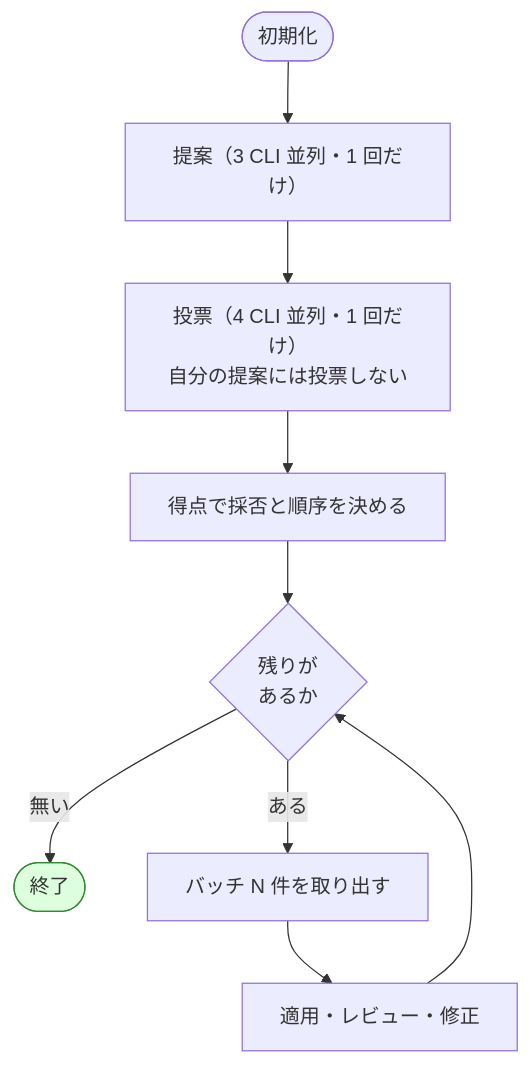
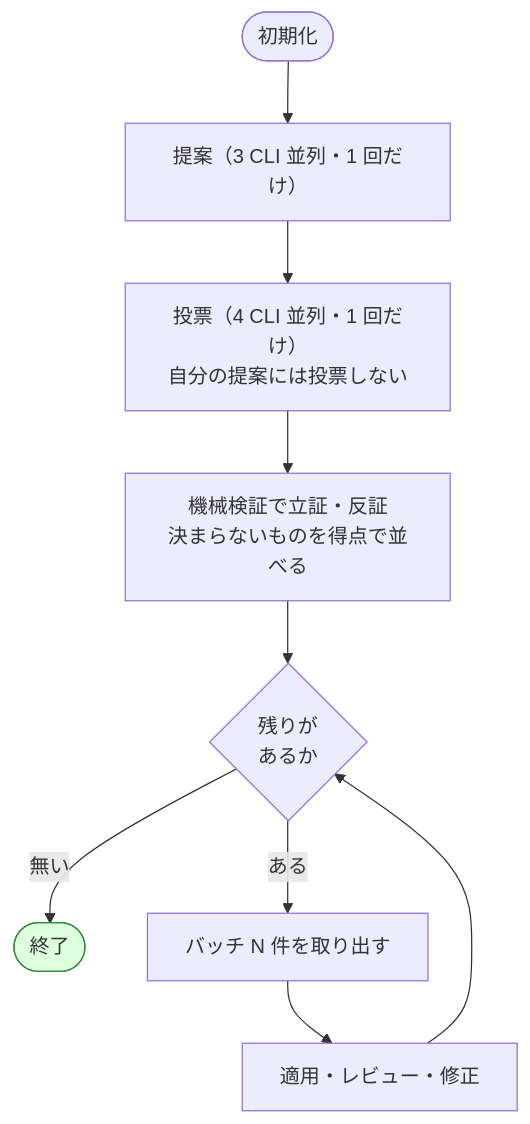
One commit to devbasex/ai-plugins changed the diagram in issues/cross-refactoring-round-time-and-defects.md. Above: the diagram before and after it, drawn with Mermaid. The commit also changed other lines of this file and 1 other file, not shown here.

````diff
--- a/issues/cross-refactoring-round-time-and-defects.md
+++ b/issues/cross-refactoring-round-time-and-defects.md
@@ -128,13 +130,13 @@
 ```mermaid
 flowchart TD
     I([初期化]) --> P["提案（3 CLI 並列・1 回だけ）"]
     P --> V["投票（4 CLI 並列・1 回だけ）<br/>自分の提案には投票しない"]
-    V --> S["得点で採否と順序を決める"]
-    S --> E{"残りが<br/>あるか"}
+    V --> M["機械検証で立証・反証<br/>決まらないものを得点で並べる"]
+    M --> E{"残りが<br/>あるか"}
     E -->|無い| F([終了]):::ok
     E -->|ある| B["バッチ N 件を取り出す"]
     B --> A["適用・レビュー・修正"]
     A --> E
 
     classDef ok fill:#dfd,stroke:#383
 ```
````
